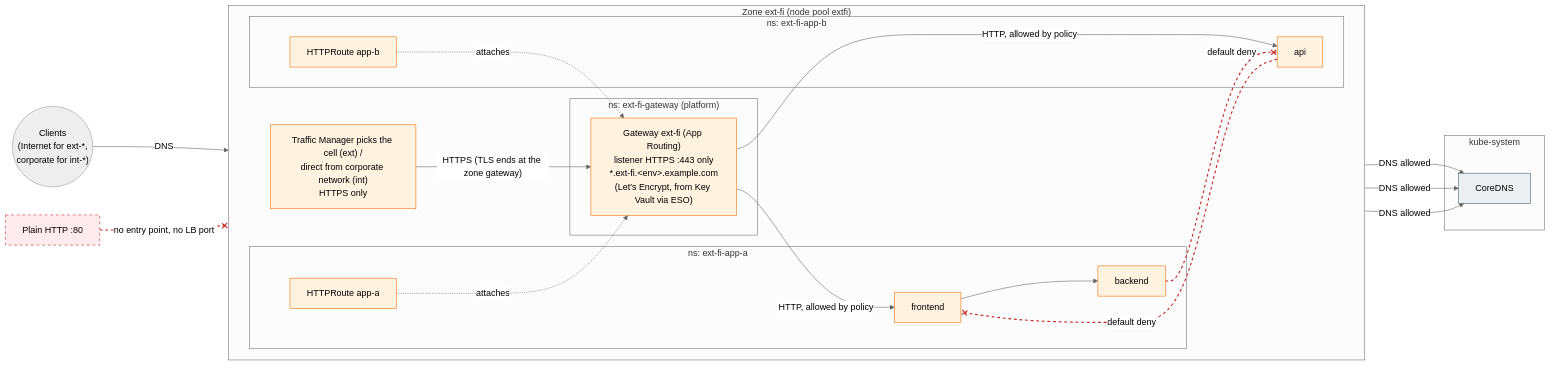
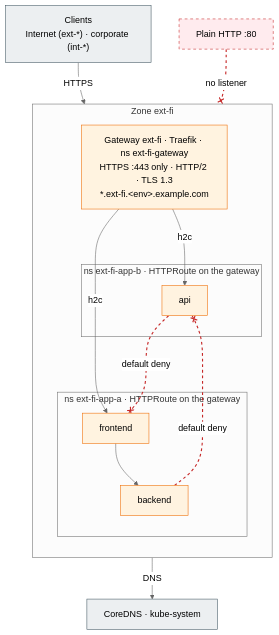
Before and after one commit to onek8s/onek8s.github.io: the diagram in diagrams/2.6-namespace-tenancy.mmd, drawn with Mermaid (neutral theme). The commit also changed 69 other files, not shown here.

```diff
--- a/diagrams/2.6-namespace-tenancy.mmd
+++ b/diagrams/2.6-namespace-tenancy.mmd
@@ -1,44 +1,32 @@
-%% Application multi-tenancy inside one zone of a stateless cluster: namespace per application, default-deny
-%% network policies, AKS App Routing (approuting-istio) as the zone's Gateway API implementation (HTTPS only).
-flowchart LR
-    client(("Clients<br/>(Internet for ext-*,<br/>corporate for int-*)"))
+%% Application multi-tenancy inside one zone of a cell: a namespace per application with default-deny policies, the
+%% zone's Gateway (Traefik, D55) as the only way in, HTTPS only at the edge and h2c to the pods (D69).
+flowchart TB
+    client["Clients<br/>Internet (ext-*) · corporate (int-*)"]
+    http["Plain HTTP :80"]:::off
 
-    subgraph ZONE["Zone ext-fi (node pool extfi)"]
-        direction LR
-        appgw["Traffic Manager picks the cell (ext) /<br/>direct from corporate network (int)<br/>HTTPS only"]
-        subgraph ING["ns: ext-fi-gateway (platform)"]
-            ic["Gateway ext-fi (App Routing)<br/>listener HTTPS :443 only<br/>*.ext-fi.&lt;env&gt;.example.com<br/>(Let's Encrypt, from Key Vault via ESO)"]
-        end
-        subgraph A["ns: ext-fi-app-a"]
-            ra["HTTPRoute app-a"]
+    subgraph ZONE["Zone ext-fi"]
+        direction TB
+        ic["Gateway ext-fi · Traefik · ns ext-fi-gateway<br/>HTTPS :443 only · HTTP/2 · TLS 1.3<br/>*.ext-fi.&lt;env&gt;.example.com"]
+        subgraph A["ns ext-fi-app-a · HTTPRoute on the gateway"]
             a1["frontend"] --> a2["backend"]
         end
-        subgraph B["ns: ext-fi-app-b"]
-            rb["HTTPRoute app-b"]
+        subgraph B["ns ext-fi-app-b · HTTPRoute on the gateway"]
             b1["api"]
         end
     end
+    dns["CoreDNS · kube-system"]
 
-    subgraph SYS["kube-system"]
-        dns["CoreDNS"]
-    end
-
-    http["Plain HTTP :80"]:::off
-
-    client -->|"DNS"| appgw -->|"HTTPS (TLS ends at the zone gateway)"| ic
-    ic -->|"HTTP, allowed by policy"| a1
-    ic -->|"HTTP, allowed by policy"| b1
-    a1 & a2 & b1 -->|"DNS allowed"| dns
+    client -->|"HTTPS"| ic
+    http -.-x|"no listener"| ic
+    ic -->|"h2c"| a1
+    ic -->|"h2c"| b1
     a2 -.-x|"default deny"| b1
     b1 -.-x|"default deny"| a1
-    http -.-x|"no entry point, no LB port"| ic
-    ra -.->|"attaches"| ic
-    rb -.->|"attaches"| ic
-
-    linkStyle 8,9,10 stroke:#c62828,stroke-width:2px,stroke-dasharray:5 5
+    ZONE -->|"DNS"| dns
+    linkStyle 2,5,6 stroke:#c62828,stroke-width:2px,stroke-dasharray:5 5
 
     classDef ext fill:#fff3e0,stroke:#ef6c00,color:#000
     classDef cp fill:#eceff1,stroke:#455a64,color:#000
     classDef off fill:#ffebee,stroke:#c62828,color:#000,stroke-dasharray: 5 5
-    class appgw,ic,a1,a2,b1,ra,rb ext
-    class dns cp
+    class ic,a1,a2,b1 ext
+    class dns,client cp
```
